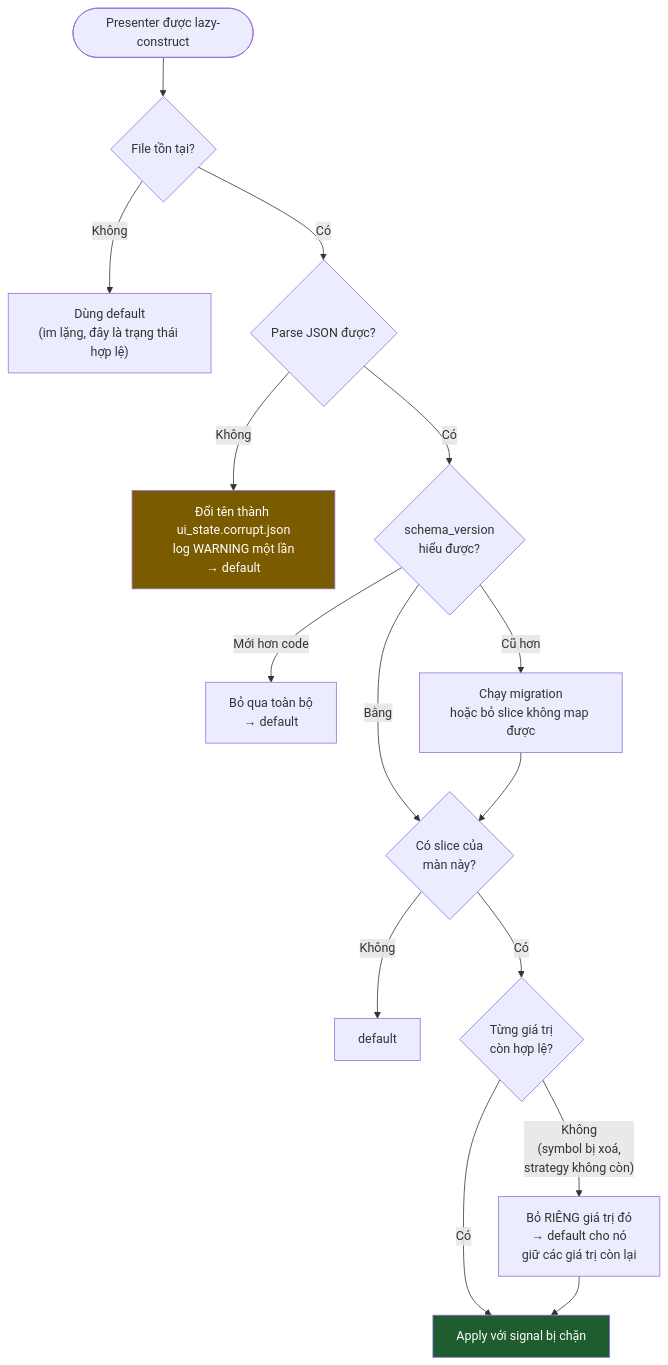
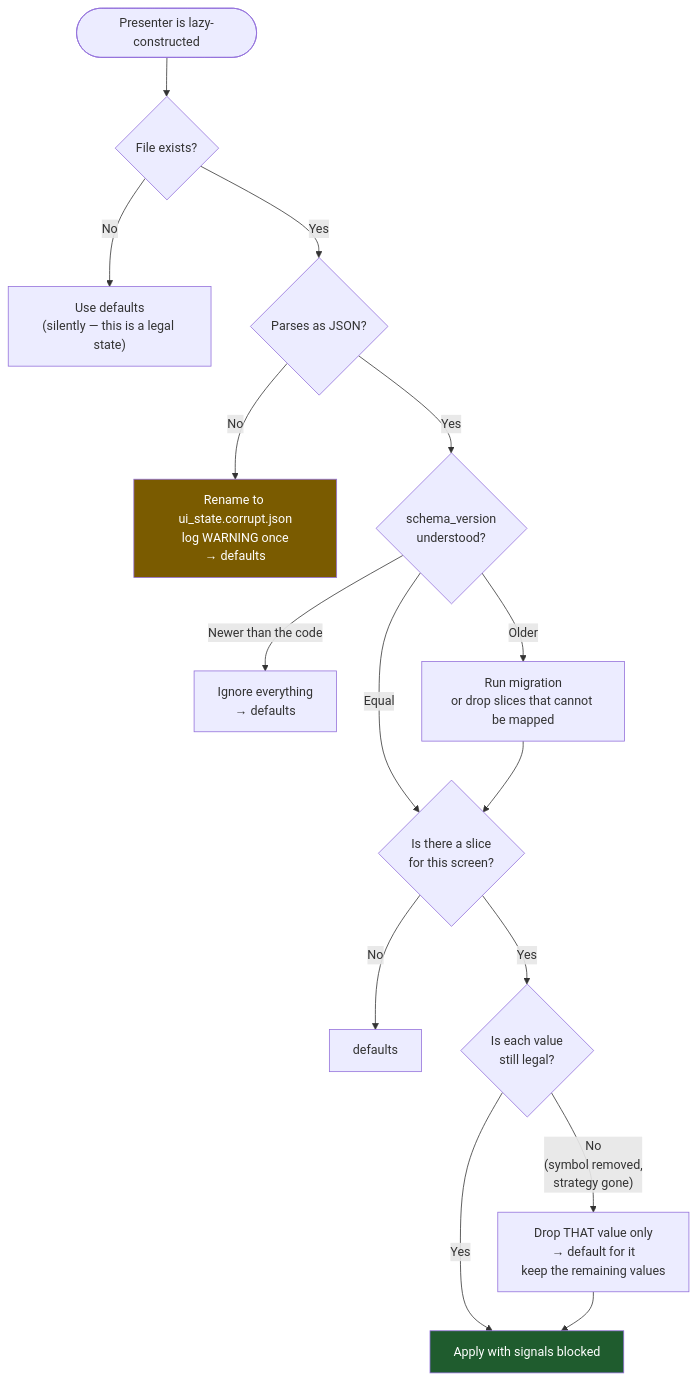
Before and after one commit to anhembedded/Sagittarius_Elite_Warrior: the fourth of 12 diagrams in Tasks/epics/EPIC-010_ghi_nho_gia_tri_cuoi/design/DESIGN_2026-08-25_ui_state_persistence.md, drawn with Mermaid. The commit also changed other lines of this file and 1 other file, not shown here.

````diff
--- a/Tasks/epics/EPIC-010_ghi_nho_gia_tri_cuoi/design/DESIGN_2026-08-25_ui_state_persistence.md
+++ b/Tasks/epics/EPIC-010_ghi_nho_gia_tri_cuoi/design/DESIGN_2026-08-25_ui_state_persistence.md
@@ -444,20 +467,20 @@
 ```mermaid
 flowchart TD
-    Start(["Presenter được lazy-construct"]) --> R1{"File tồn tại?"}
-    R1 -->|Không| DEF["Dùng default<br/>(im lặng, đây là trạng thái hợp lệ)"]
-    R1 -->|Có| R2{"Parse JSON được?"}
-    R2 -->|Không| QUAR["Đổi tên thành ui_state.corrupt.json<br/>log WARNING một lần<br/>→ default"]
-    R2 -->|Có| R3{"schema_version<br/>hiểu được?"}
-    R3 -->|"Mới hơn code"| DEF2["Bỏ qua toàn bộ<br/>→ default"]
-    R3 -->|"Cũ hơn"| MIG["Chạy migration<br/>hoặc bỏ slice không map được"]
-    R3 -->|Bằng| R4{"Có slice của<br/>màn này?"}
+    Start(["Presenter is lazy-constructed"]) --> R1{"File exists?"}
+    R1 -->|No| DEF["Use defaults<br/>(silently — this is a legal state)"]
+    R1 -->|Yes| R2{"Parses as JSON?"}
+    R2 -->|No| QUAR["Rename to ui_state.corrupt.json<br/>log WARNING once<br/>→ defaults"]
+    R2 -->|Yes| R3{"schema_version<br/>understood?"}
+    R3 -->|"Newer than the code"| DEF2["Ignore everything<br/>→ defaults"]
+    R3 -->|Older| MIG["Run migration<br/>or drop slices that cannot be mapped"]
+    R3 -->|Equal| R4{"Is there a slice<br/>for this screen?"}
     MIG --> R4
-    R4 -->|Không| DEF3["default"]
-    R4 -->|Có| R5{"Từng giá trị<br/>còn hợp lệ?"}
-    R5 -->|"Không<br/>(symbol bị xoá,<br/>strategy không còn)"| PART["Bỏ RIÊNG giá trị đó<br/>→ default cho nó<br/>giữ các giá trị còn lại"]
-    R5 -->|Có| APPLY["Apply với signal bị chặn"]
+    R4 -->|No| DEF3["defaults"]
+    R4 -->|Yes| R5{"Is each value<br/>still legal?"}
+    R5 -->|"No<br/>(symbol removed,<br/>strategy gone)"| PART["Drop THAT value only<br/>→ default for it<br/>keep the remaining values"]
+    R5 -->|Yes| APPLY["Apply with signals blocked"]
     PART --> APPLY
 
     style QUAR fill:#7A5B00,color:#fff
     style APPLY fill:#1F5C2E,color:#fff
 ```
````
